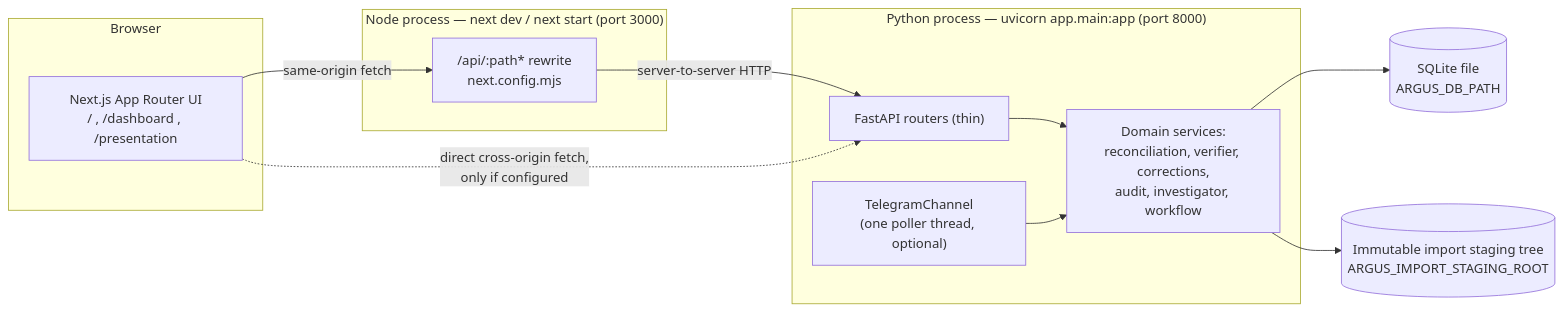
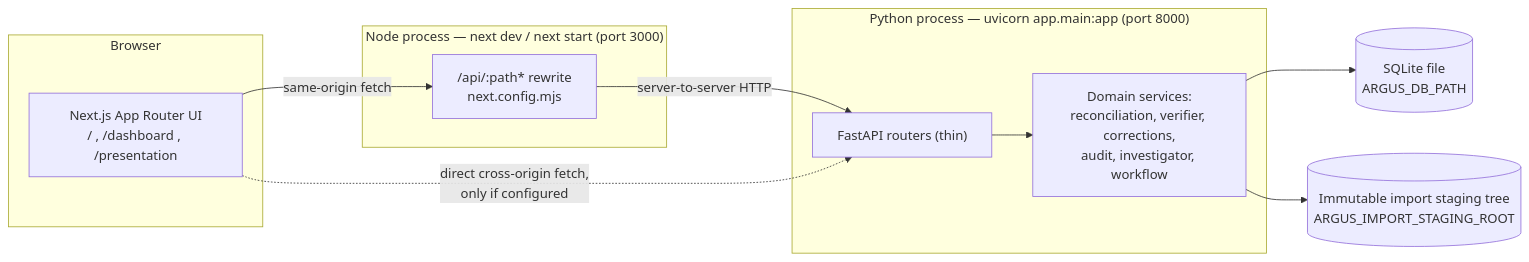
Before and after one commit to fredrick-nadar/RazorPay_Buildathon: the first of 2 diagrams in docs/architecture.md, drawn with Mermaid. The commit also changed other lines of this file and 17 other files, not shown here.

````diff
--- a/docs/architecture.md
+++ b/docs/architecture.md
@@ -24,24 +24,22 @@
 ```mermaid
 flowchart LR
   subgraph Browser
     UI["Next.js App Router UI<br/>/ , /dashboard , /presentation"]
   end
   subgraph NextProcess["Node process — next dev / next start (port 3000)"]
     RW["/api/:path* rewrite<br/>next.config.mjs"]
   end
   subgraph BackendProcess["Python process — uvicorn app.main:app (port 8000)"]
     API["FastAPI routers (thin)"]
     DOM["Domain services:<br/>reconciliation, verifier, corrections,<br/>audit, investigator, workflow"]
-    TG["TelegramChannel<br/>(one poller thread, optional)"]
   end
   DB[("SQLite file<br/>ARGUS_DB_PATH")]
   ST[("Immutable import staging tree<br/>ARGUS_IMPORT_STAGING_ROOT")]
 
   UI -->|same-origin fetch| RW
   RW -->|server-to-server HTTP| API
   UI -.->|direct cross-origin fetch,<br/>only if configured| API
   API --> DOM
   DOM --> DB
   DOM --> ST
-  TG --> DOM
 ```
````
